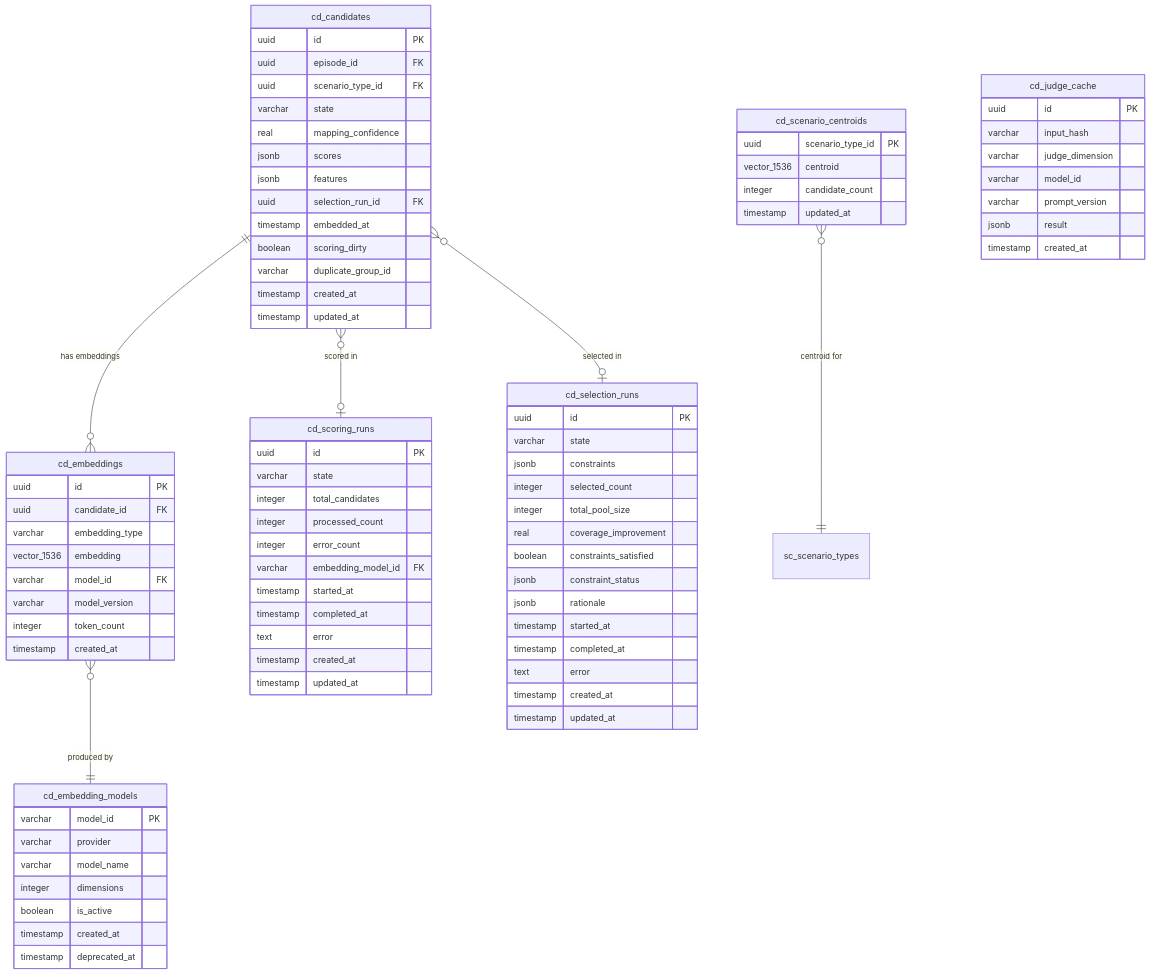
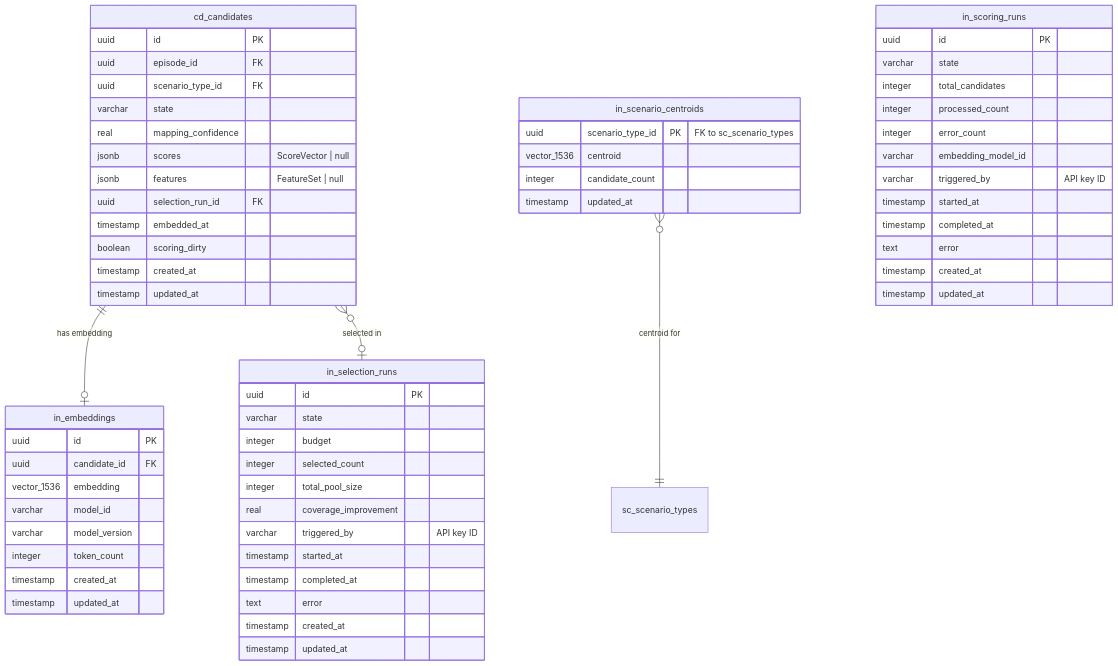
The diagram in docs/plans/2026-02-20-feat-phase2-intelligence-scoring-selection-plan.md (basalt-ai/diamond), drawn with Mermaid before and after one commit. The commit also changed other lines of this file and 1 other file, not shown here.

````diff
--- a/docs/plans/2026-02-20-feat-phase2-intelligence-scoring-selection-plan.md
+++ b/docs/plans/2026-02-20-feat-phase2-intelligence-scoring-selection-plan.md
@@ -834,51 +1298,41 @@
         uuid scenario_type_id FK
         varchar state
         real mapping_confidence
-        jsonb scores
-        jsonb features
+        jsonb scores "ScoreVector | null"
+        jsonb features "FeatureSet | null"
         uuid selection_run_id FK
         timestamp embedded_at
         boolean scoring_dirty
-        varchar duplicate_group_id
         timestamp created_at
         timestamp updated_at
     }
 
-    cd_embeddings {
+    in_embeddings {
         uuid id PK
         uuid candidate_id FK
-        varchar embedding_type
         vector_1536 embedding
-        varchar model_id FK
+        varchar model_id
         varchar model_version
         integer token_count
         timestamp created_at
+        timestamp updated_at
     }
 
-    cd_embedding_models {
-        varchar model_id PK
-        varchar provider
-        varchar model_name
-        integer dimensions
-        boolean is_active
-        timestamp created_at
-        timestamp deprecated_at
-    }
-
-    cd_scenario_centroids {
-        uuid scenario_type_id PK
+    in_scenario_centroids {
+        uuid scenario_type_id PK "FK to sc_scenario_types"
         vector_1536 centroid
         integer candidate_count
         timestamp updated_at
     }
 
-    cd_scoring_runs {
+    in_scoring_runs {
         uuid id PK
         varchar state
         integer total_candidates
         integer processed_count
         integer error_count
-        varchar embedding_model_id FK
+        varchar embedding_model_id
+        varchar triggered_by "API key ID"
         timestamp started_at
         timestamp completed_at
         text error
@@ -886,16 +1340,14 @@
         timestamp updated_at
     }
 
-    cd_selection_runs {
+    in_selection_runs {
         uuid id PK
         varchar state
-        jsonb constraints
+        integer budget
         integer selected_count
         integer total_pool_size
         real coverage_improvement
-        boolean constraints_satisfied
-        jsonb constraint_status
-        jsonb rationale
+        varchar triggered_by "API key ID"
         timestamp started_at
         timestamp completed_at
         text error
@@ -903,19 +1355,7 @@
         timestamp updated_at
     }
 
-    cd_judge_cache {
-        uuid id PK
-        varchar input_hash
-        varchar judge_dimension
-        varchar model_id
-        varchar prompt_version
-        jsonb result
-        timestamp created_at
-    }
-
-    cd_candidates ||--o{ cd_embeddings : "has embeddings"
-    cd_embeddings }o--|| cd_embedding_models : "produced by"
-    cd_candidates }o--o| cd_selection_runs : "selected in"
-    cd_candidates }o--o| cd_scoring_runs : "scored in"
-    cd_scenario_centroids }o--|| sc_scenario_types : "centroid for"
+    cd_candidates ||--o| in_embeddings : "has embedding"
+    cd_candidates }o--o| in_selection_runs : "selected in"
+    in_scenario_centroids }o--|| sc_scenario_types : "centroid for"
 ```
````
